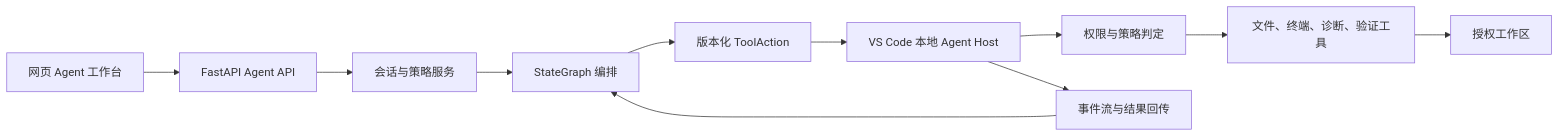
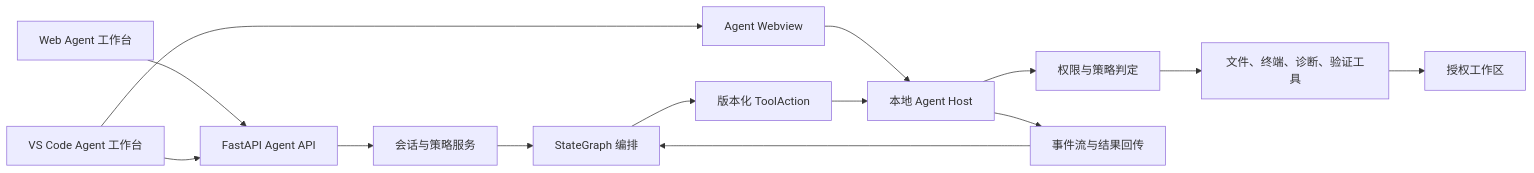
One commit to sheep-no/codingmatrix changed the first of 2 diagrams in .monkeycode/specs/2026-08-29-vscode-local-validation-extension/design.md. Above: the diagram before and after it, drawn with Mermaid. The commit also changed other lines of this file and 3 other files, not shown here.

Commit message:
docs: refine dual-workbench agent host design Co-authored-by: monkeycode-ai <monkeycode-ai@chaitin.com>

````diff
--- a/.monkeycode/specs/2026-08-29-vscode-local-validation-extension/design.md
+++ b/.monkeycode/specs/2026-08-29-vscode-local-validation-extension/design.md
@@ -14,13 +14,16 @@
 ```mermaid
 flowchart LR
-    Web["网页 Agent 工作台"] --> Cloud["FastAPI Agent API"]
+    Web["Web Agent 工作台"] --> Cloud["FastAPI Agent API"]
+    VSCode["VS Code Agent 工作台"] --> Cloud
+    VSCode --> Webview["Agent Webview"]
+    Webview --> Host["本地 Agent Host"]
     Cloud --> Session["会话与策略服务"]
     Session --> Graph["StateGraph 编排"]
     Graph --> Envelope["版本化 ToolAction"]
-    Envelope --> Host["VS Code 本地 Agent Host"]
+    Envelope --> Host
     Host --> Consent["权限与策略判定"]
     Consent --> Tools["文件、终端、诊断、验证工具"]
     Tools --> Workspace["授权工作区"]
     Host --> Events["事件流与结果回传"]
     Events --> Graph
 ```
````
